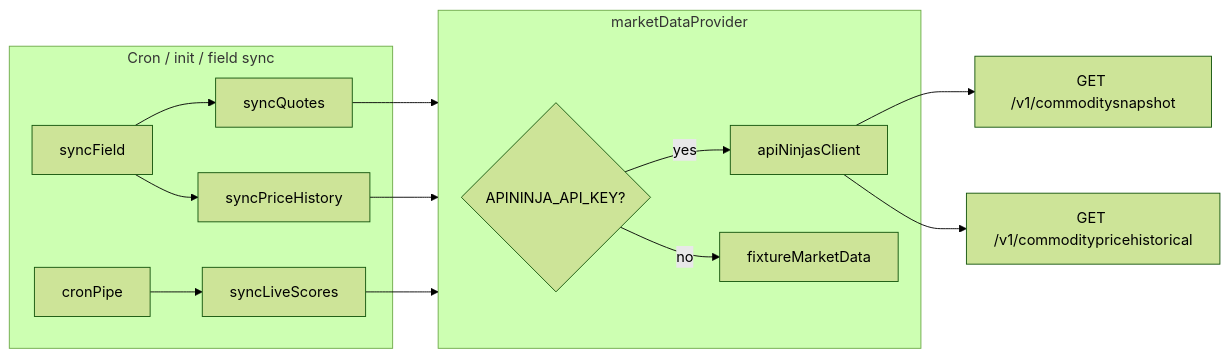
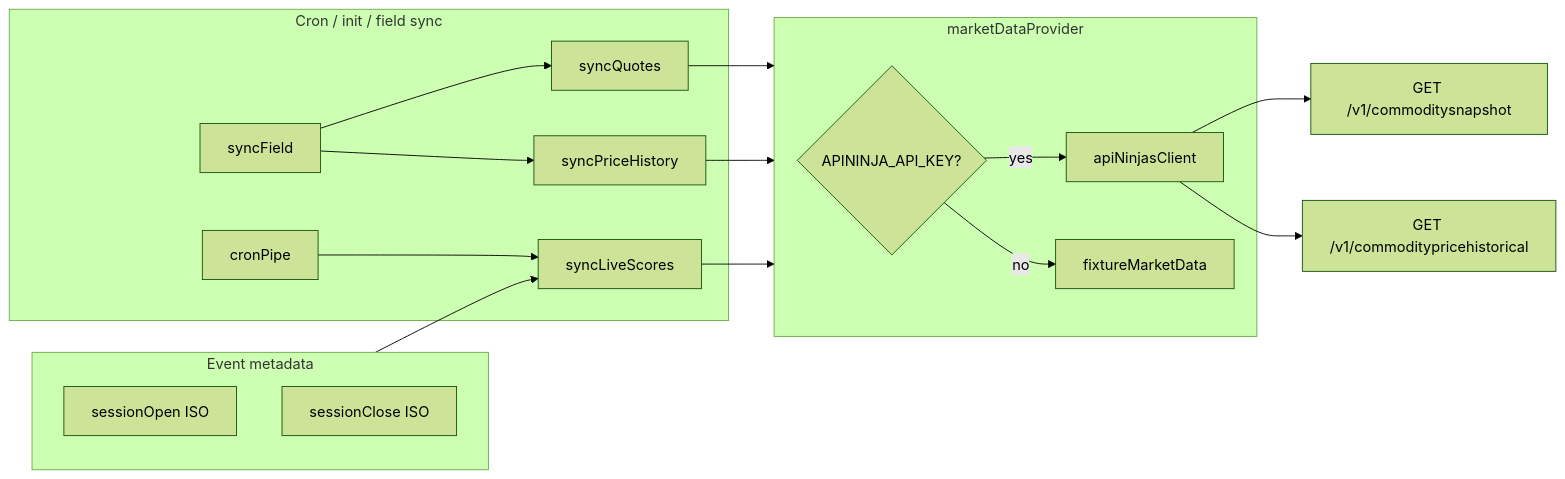
One commit to MagRelo/cut changed the diagram in COMMODITIES_APININJA_PLAN.md. Above: the diagram before and after it, drawn with Mermaid (forest theme). The commit also changed other lines of this file and 18 other files, not shown here.

````diff
--- a/COMMODITIES_APININJA_PLAN.md
+++ b/COMMODITIES_APININJA_PLAN.md
@@ -81,21 +105,27 @@
 ```mermaid
 flowchart LR
+  subgraph eventMeta [Event metadata]
+    sessionOpen["sessionOpen ISO"]
+    sessionClose["sessionClose ISO"]
+  end
+
   subgraph cron [Cron / init / field sync]
     syncField --> syncQuotes
     syncField --> syncPriceHistory
     cronPipe --> syncLiveScores
   end
 
   subgraph provider [marketDataProvider]
     resolveMode{APININJA_API_KEY?}
     resolveMode -->|yes| apiNinjas[apiNinjasClient]
     resolveMode -->|no| fixture[fixtureMarketData]
   end
 
+  eventMeta --> syncLiveScores
   syncQuotes --> provider
   syncPriceHistory --> provider
   syncLiveScores --> provider
 
   apiNinjas --> snapshot["GET /v1/commoditysnapshot"]
   apiNinjas --> historical["GET /v1/commoditypricehistorical"]
 ```
````
